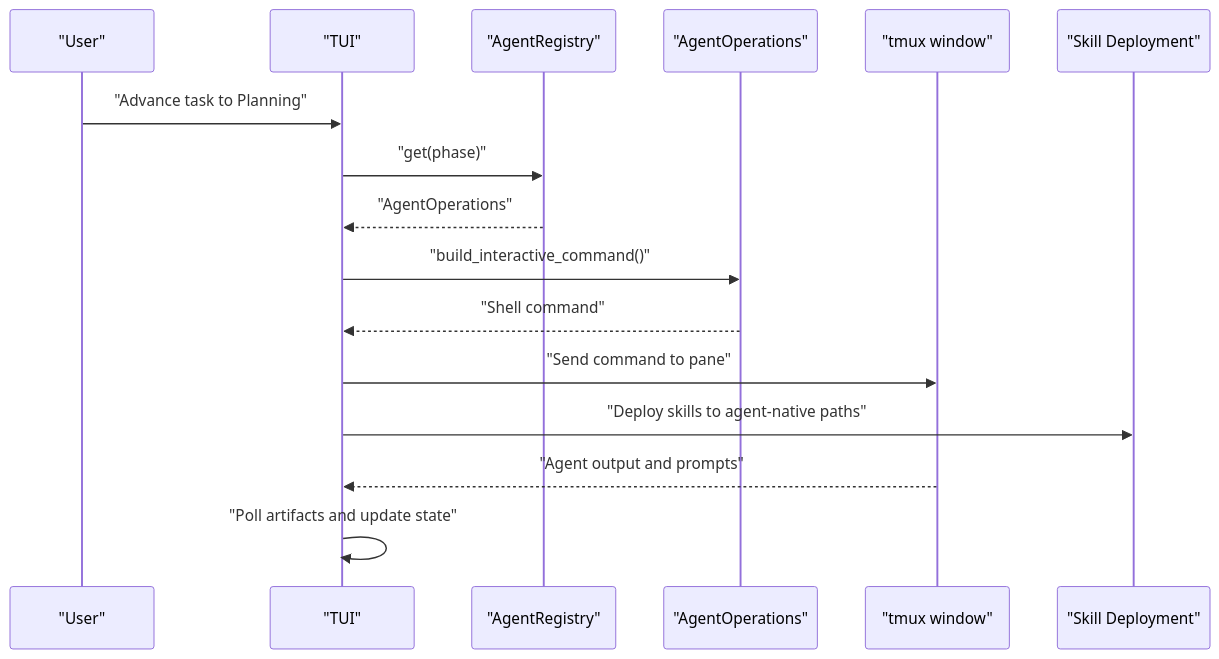
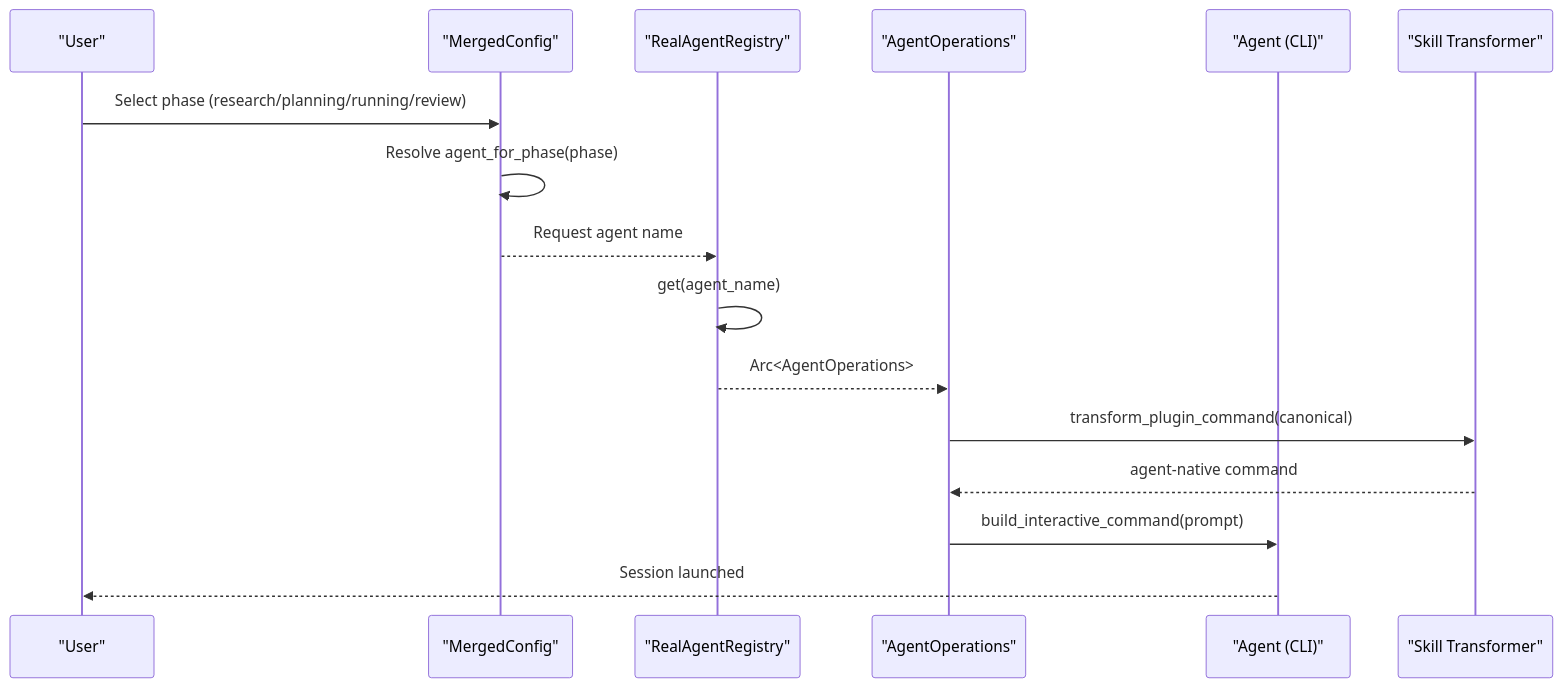
Before and after one commit to bramburn/agtx: the second of 8 diagrams in .qoder/repowiki/en/content/Agent Integration/Agent Integration.md, drawn with Mermaid. The commit also changed other lines of this file and 140 other files, not shown here.

First line of the commit message:
fix(tui): add F2 footer navigation support to shell popup

````diff
--- a/.qoder/repowiki/en/content/Agent Integration/Agent Integration.md
+++ b/.qoder/repowiki/en/content/Agent Integration/Agent Integration.md
@@ -89,18 +123,18 @@
 ```mermaid
 sequenceDiagram
 participant User as "User"
-participant TUI as "TUI"
-participant Reg as "AgentRegistry"
-participant Agent as "AgentOperations"
-participant TMUX as "tmux window"
-participant Skill as "Skill Deployment"
-User->>TUI : "Advance task to Planning"
-TUI->>Reg : "get(phase)"
-Reg-->>TUI : "AgentOperations"
-TUI->>Agent : "build_interactive_command()"
-Agent-->>TUI : "Shell command"
-TUI->>TMUX : "Send command to pane"
-TUI->>Skill : "Deploy skills to agent-native paths"
-TMUX-->>TUI : "Agent output and prompts"
-TUI->>TUI : "Poll artifacts and update state"
+participant Config as "MergedConfig"
+participant Registry as "RealAgentRegistry"
+participant AgentOps as "AgentOperations"
+participant Agent as "Agent (CLI)"
+participant Skills as "Skill Transformer"
+User->>Config : Select phase (research/planning/running/review)
+Config->>Config : Resolve agent_for_phase(phase)
+Config-->>Registry : Request agent name
+Registry->>Registry : get(agent_name)
+Registry-->>AgentOps : Arc<AgentOperations>
+AgentOps->>Skills : transform_plugin_command(canonical)
+Skills-->>AgentOps : agent-native command
+AgentOps->>Agent : build_interactive_command(prompt)
+Agent-->>User : Session launched
 ```
````
